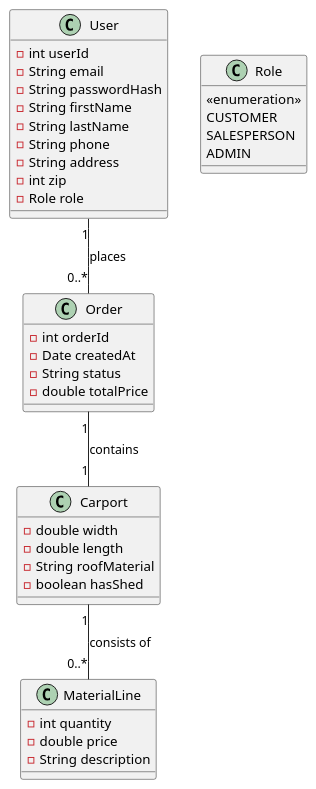
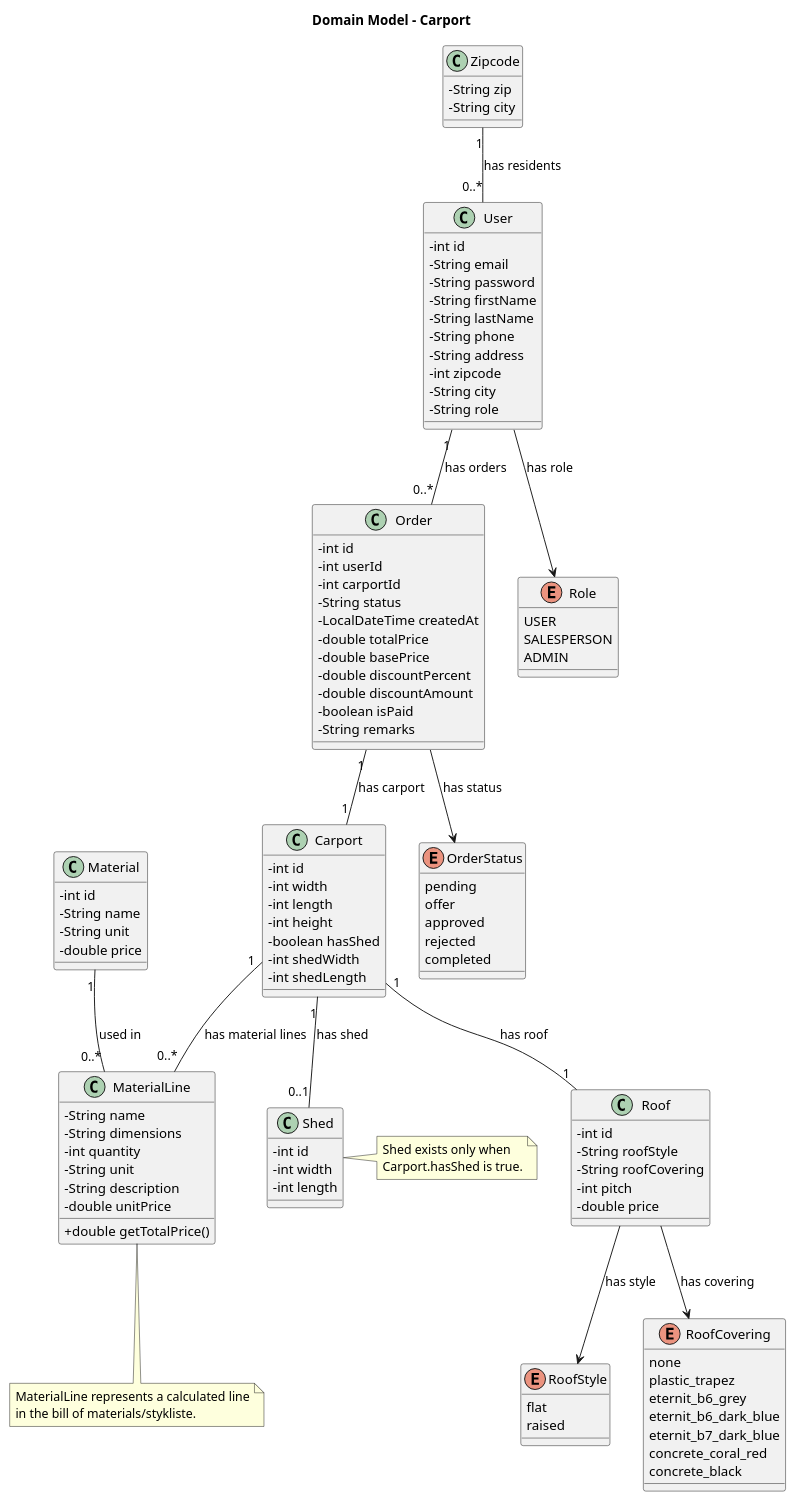
Before and after one commit to EmilOzel/Carport-FOG: the diagram in src/main/resources/uml/DomainModel-Carport.puml, drawn with PlantUML.

Commit message:
domain model 2.0

```diff
--- a/src/main/resources/uml/DomainModel-Carport.puml
+++ b/src/main/resources/uml/DomainModel-Carport.puml
@@ -1,46 +1,132 @@
 @startuml
 
+skinparam classAttributeIconSize 0
+
+title Domain Model - Carport
+
 class User {
-    - int userId
+    - int id
     - String email
-    - String passwordHash
+    - String password
     - String firstName
     - String lastName
     - String phone
     - String address
-    - int zip
-    - Role role
+    - int zipcode
+    - String city
+    - String role
+}
+
+class Zipcode {
+    - String zip
+    - String city
 }
 
 class Order {
-    - int orderId
-    - Date createdAt
+    - int id
+    - int userId
+    - int carportId
     - String status
+    - LocalDateTime createdAt
     - double totalPrice
+    - double basePrice
+    - double discountPercent
+    - double discountAmount
+    - boolean isPaid
+    - String remarks
 }
 
 class Carport {
-    - double width
-    - double length
-    - String roofMaterial
+    - int id
+    - int width
+    - int length
+    - int height
     - boolean hasShed
+    - int shedWidth
+    - int shedLength
+}
+
+class Shed {
+    - int id
+    - int width
+    - int length
+}
+
+class Roof {
+    - int id
+    - String roofStyle
+    - String roofCovering
+    - int pitch
+    - double price
+}
+
+class Material {
+    - int id
+    - String name
+    - String unit
+    - double price
 }
 
 class MaterialLine {
+    - String name
+    - String dimensions
     - int quantity
-    - double price
+    - String unit
     - String description
+    - double unitPrice
+    + double getTotalPrice()
 }
 
-class Role {
-    <<enumeration>>
-    CUSTOMER
+enum Role {
+    USER
     SALESPERSON
     ADMIN
 }
 
-User "1" -- "0..*" Order : places
-Order "1" -- "1" Carport : contains
-Carport "1" -- "0..*" MaterialLine : consists of
+enum OrderStatus {
+    pending
+    offer
+    approved
+    rejected
+    completed
+}
+
+enum RoofStyle {
+    flat
+    raised
+}
+
+enum RoofCovering {
+    none
+    plastic_trapez
+    eternit_b6_grey
+    eternit_b6_dark_blue
+    eternit_b7_dark_blue
+    concrete_coral_red
+    concrete_black
+}
+
+Zipcode "1" -- "0..*" User : has residents
+User "1" -- "0..*" Order : has orders
+Order "1" -- "1" Carport : has carport
+Carport "1" -- "1" Roof : has roof
+Carport "1" -- "0..1" Shed : has shed
+Carport "1" -- "0..*" MaterialLine : has material lines
+Material "1" -- "0..*" MaterialLine : used in
+
+User --> Role : has role
+Order --> OrderStatus : has status
+Roof --> RoofStyle : has style
+Roof --> RoofCovering : has covering
+
+note right of Shed
+  Shed exists only when
+  Carport.hasShed is true.
+end note
+
+note bottom of MaterialLine
+  MaterialLine represents a calculated line
+  in the bill of materials/stykliste.
+end note
 
 @enduml
```
